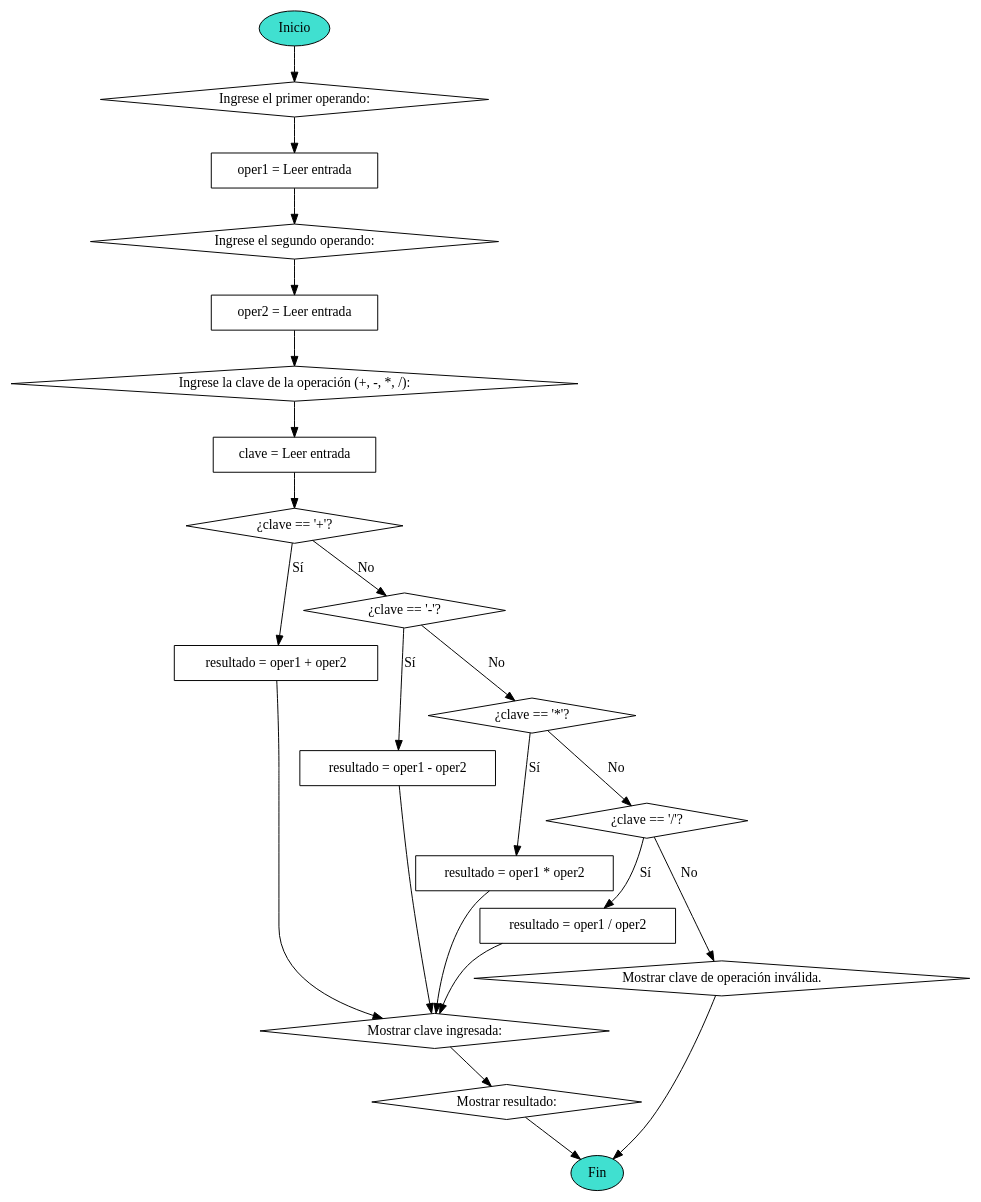
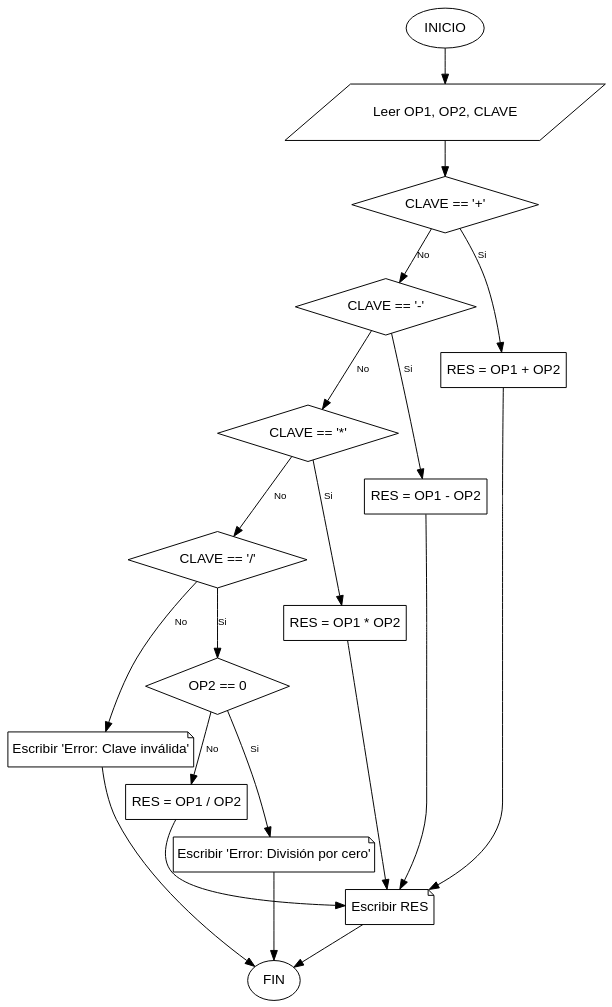
Before and after one commit to 23Leilany166/java-tutor-tics: the diagram in Ejercicios/PS_2_15/Diagrama/PS_2_15.dot, drawn with Graphviz. The commit also changed 248 other files, not shown here.

```diff
--- a/Ejercicios/PS_2_15/Diagrama/PS_2_15.dot
+++ b/Ejercicios/PS_2_15/Diagrama/PS_2_15.dot
@@ -1,45 +1,43 @@
-digraph PS_2_15_Diagrama {
-    node [shape=box];
-    start [label="Inicio", shape=ellipse, fillcolor="#40e0d0", style="filled"];
-    input_oper1 [label="Ingrese el primer operando:", shape=diamond];
-    oper1 [label="oper1 = Leer entrada", shape=box];
-    input_oper2 [label="Ingrese el segundo operando:", shape=diamond];
-    oper2 [label="oper2 = Leer entrada", shape=box];
-    input_clave [label="Ingrese la clave de la operación (+, -, *, /):", shape=diamond];
-    clave [label="clave = Leer entrada", shape=box];
-    calc_suma [label="resultado = oper1 + oper2", shape=box];
-    calc_resta [label="resultado = oper1 - oper2", shape=box];
-    calc_multiplicacion [label="resultado = oper1 * oper2", shape=box];
-    calc_division [label="resultado = oper1 / oper2", shape=box];
-    check_clave [label="¿clave == '+'?", shape=diamond];
-    check_clave2 [label="¿clave == '-'?", shape=diamond];
-    check_clave3 [label="¿clave == '*'?", shape=diamond];
-    check_clave4 [label="¿clave == '/'?", shape=diamond];
-    invalid_clave [label="Mostrar clave de operación inválida.", shape=diamond];
-    output_clave [label="Mostrar clave ingresada:", shape=diamond];
-    output_resultado [label="Mostrar resultado:", shape=diamond];
-    end [label="Fin", shape=ellipse, fillcolor="#40e0d0", style="filled"];
+digraph PS_2_15 {
+    // Configuración
+    graph [bgcolor="transparent"];
+    node [shape=rect, fontname="Arial", margin="0.1,0.1"];
+    edge [fontname="Arial", fontsize=10];
 
-    start -> input_oper1;
-    input_oper1 -> oper1;
-    oper1 -> input_oper2;
-    input_oper2 -> oper2;
-    oper2 -> input_clave;
-    input_clave -> clave;
-    clave -> check_clave;
-    check_clave -> calc_suma [label="Sí"];
-    check_clave -> check_clave2 [label="No"];
-    check_clave2 -> calc_resta [label="Sí"];
-    check_clave2 -> check_clave3 [label="No"];
-    check_clave3 -> calc_multiplicacion [label="Sí"];
-    check_clave3 -> check_clave4 [label="No"];
-    check_clave4 -> calc_division [label="Sí"];
-    check_clave4 -> invalid_clave [label="No"];
-    calc_suma -> output_clave;
-    calc_resta -> output_clave;
-    calc_multiplicacion -> output_clave;
-    calc_division -> output_clave;
-    invalid_clave -> end;
-    output_clave -> output_resultado;
-    output_resultado -> end;
+    // Nodos
+    INICIO [shape=ellipse, label="INICIO"];
+    LEER_DATOS [shape=parallelogram, label="Leer OP1, OP2, CLAVE"];
+    COND_SUMA [shape=diamond, label="CLAVE == '+'"];
+    COND_RESTA [shape=diamond, label="CLAVE == '-'"];
+    COND_MULT [shape=diamond, label="CLAVE == '*'"];
+    COND_DIV [shape=diamond, label="CLAVE == '/'"];
+    PROC_SUMA [label="RES = OP1 + OP2"];
+    PROC_RESTA [label="RES = OP1 - OP2"];
+    PROC_MULT [label="RES = OP1 * OP2"];
+    COND_DIV_CERO [shape=diamond, label="OP2 == 0"];
+    PROC_DIV [label="RES = OP1 / OP2"];
+    PRINT_ERROR_DIV [shape=note, label="Escribir 'Error: División por cero'"];
+    PRINT_ERROR_CLAVE [shape=note, label="Escribir 'Error: Clave inválida'"];
+    IMPRIMIR [shape=note, label="Escribir RES"];
+    FIN [shape=ellipse, label="FIN"];
+
+    // Conexiones
+    INICIO -> LEER_DATOS -> COND_SUMA;
+    COND_SUMA -> PROC_SUMA [label="Si"]; 
+    COND_SUMA -> COND_RESTA [label="No"];
+    COND_RESTA -> PROC_RESTA [label="Si"]; 
+    COND_RESTA -> COND_MULT [label="No"];
+    COND_MULT -> PROC_MULT [label="Si"]; 
+    COND_MULT -> COND_DIV [label="No"];
+    COND_DIV -> COND_DIV_CERO [label="Si"]; 
+    COND_DIV -> PRINT_ERROR_CLAVE [label="No"];
+    COND_DIV_CERO -> PRINT_ERROR_DIV [label="Si"]; 
+    COND_DIV_CERO -> PROC_DIV [label="No"];
+    PROC_SUMA -> IMPRIMIR;
+    PROC_RESTA -> IMPRIMIR;
+    PROC_MULT -> IMPRIMIR;
+    PROC_DIV -> IMPRIMIR;
+    IMPRIMIR -> FIN;
+    PRINT_ERROR_DIV -> FIN;
+    PRINT_ERROR_CLAVE -> FIN;
 }
```
